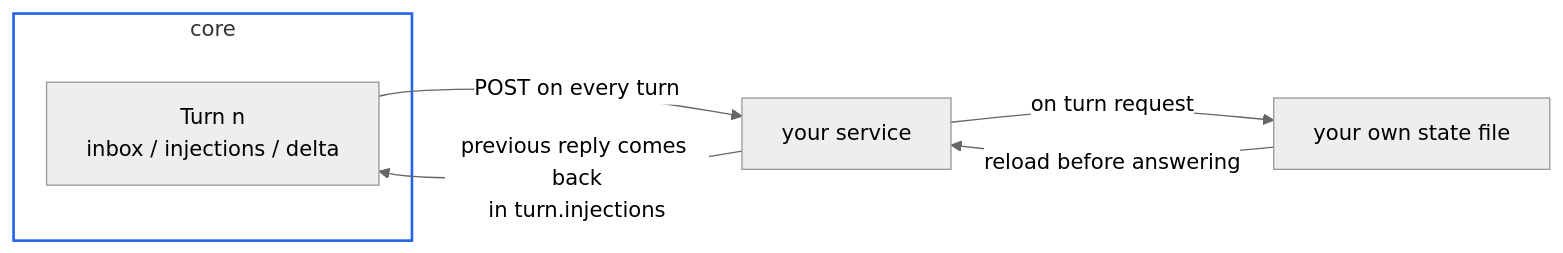
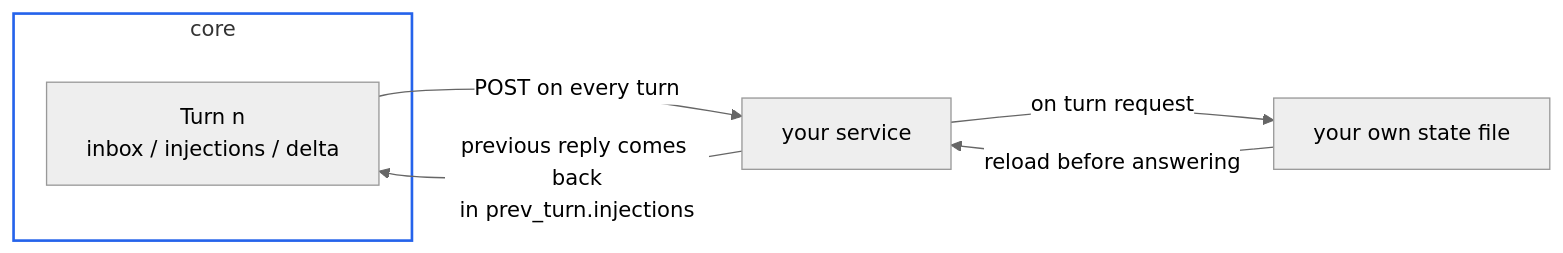
One commit to DarkSpaceY/NAN-itself changed the second of 3 diagrams in docs/for-service-authors/injection-service.md. Above: the diagram before and after it, drawn with Mermaid (neutral theme). The commit also changed other lines of this file and 22 other files, not shown here.

````diff
--- a/docs/for-service-authors/injection-service.md
+++ b/docs/for-service-authors/injection-service.md
@@ -151,11 +199,11 @@
 ```mermaid
 flowchart LR
     subgraph CORE["core"]
         T["Turn n<br/>inbox / injections / delta"]
     end
     T -->|"POST on every turn"| S["your service"]
-    S -->|"previous reply comes back<br/>in turn.injections"| T
+    S -->|"previous reply comes back<br/>in prev_turn.injections"| T
     S -->|"on turn request"| F["your own state file"]
     F -->|"reload before answering"| S
     style CORE fill:transparent,stroke:#2563eb,stroke-width:2px
 ```
````
